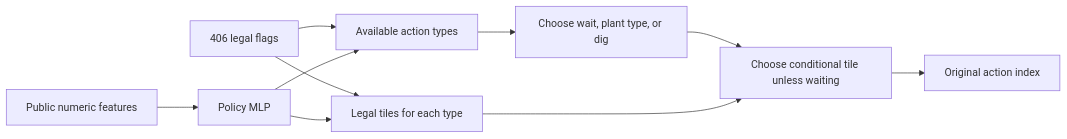
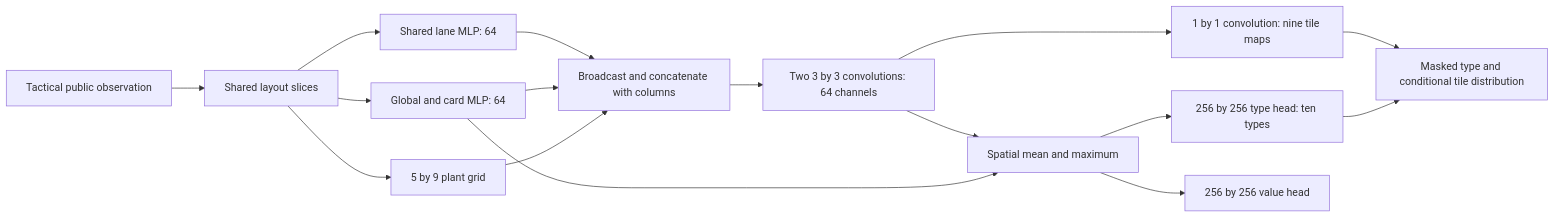
One commit to Comb1e/RL-Pvz changed the second of 5 diagrams in docs/architecture.md. Above: the diagram before and after it, drawn with Mermaid. The commit also changed other lines of this file and 44 other files, not shown here.

````diff
--- a/docs/architecture.md
+++ b/docs/architecture.md
@@ -106,12 +44,18 @@
 ```mermaid
 flowchart LR
-    FlatMask[406 legal flags] --> Types[Available action types]
-    FlatMask --> Tiles[Legal tiles for each type]
-    Features[Public numeric features] --> Network[Policy MLP]
-    Network --> Types
-    Network --> Tiles
-    Types --> Choice[Choose wait, plant type, or dig]
-    Choice --> Location[Choose conditional tile unless waiting]
-    Tiles --> Location
-    Location --> Index[Original action index]
+    Obs[Tactical public observation] --> Unpack[Shared layout slices]
+    Unpack --> Lane[Shared lane MLP: 64]
+    Unpack --> Global[Global and card MLP: 64]
+    Unpack --> Plants[5 by 9 plant grid]
+    Lane --> Board[Broadcast and concatenate with columns]
+    Global --> Board
+    Plants --> Board
+    Board --> Conv[Two 3 by 3 convolutions: 64 channels]
+    Conv --> Tile[1 by 1 convolution: nine tile maps]
+    Conv --> Pool[Spatial mean and maximum]
+    Global --> Pool
+    Pool --> Type[256 by 256 type head: ten types]
+    Pool --> Value[256 by 256 value head]
+    Tile --> Joint[Masked type and conditional tile distribution]
+    Type --> Joint
 ```
````
